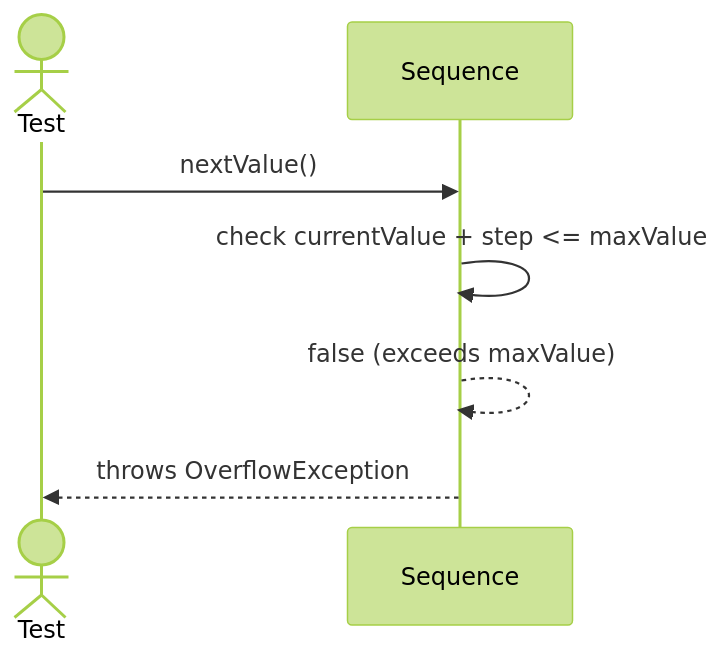
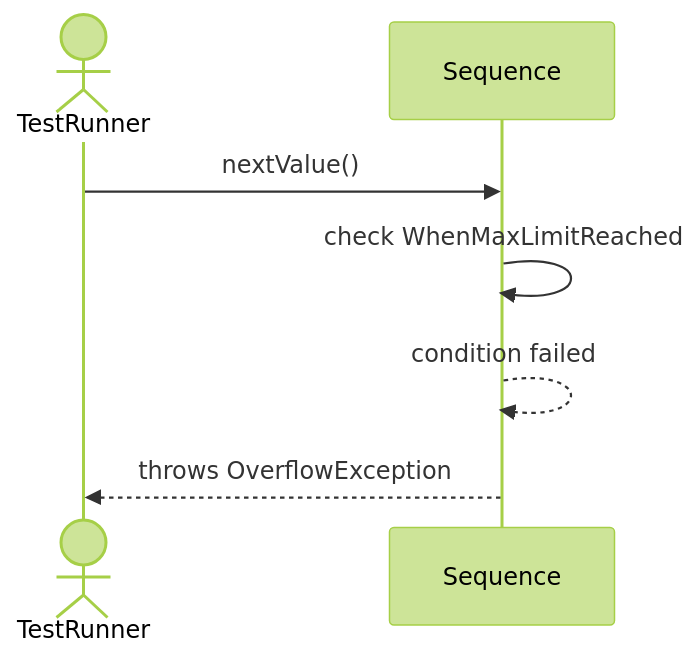
Before and after one commit to TamBui1706/DBMS: the second of 6 diagrams in Sequences/DatabaseObjectManagement/Sequence.md, drawn with Mermaid (forest theme). The commit also changed other lines of this file and 63 other files, not shown here.

Commit message:
Draw sequence diagram for unit tests

````diff
--- a/Sequences/DatabaseObjectManagement/Sequence.md
+++ b/Sequences/DatabaseObjectManagement/Sequence.md
@@ -27,10 +32,9 @@
 ```mermaid
 sequenceDiagram
-    actor Test
+    actor TestRunner
     participant Sequence
-
-    Test->>Sequence: nextValue()
-    Sequence->>Sequence: check currentValue + step <= maxValue
-    Sequence-->>Sequence: false (exceeds maxValue)
-    Sequence-->>Test: throws OverflowException
+    TestRunner->>Sequence: nextValue()
+    Sequence->>Sequence: check WhenMaxLimitReached
+    Sequence-->>Sequence: condition failed
+    Sequence-->>TestRunner: throws OverflowException
 ```
````
